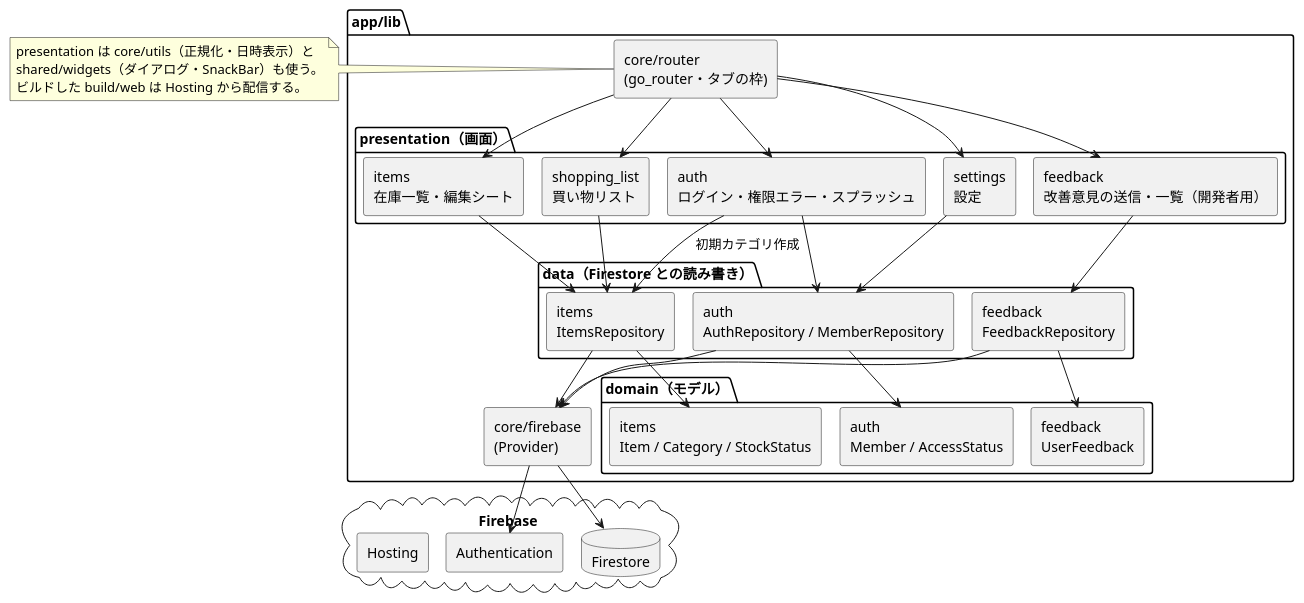
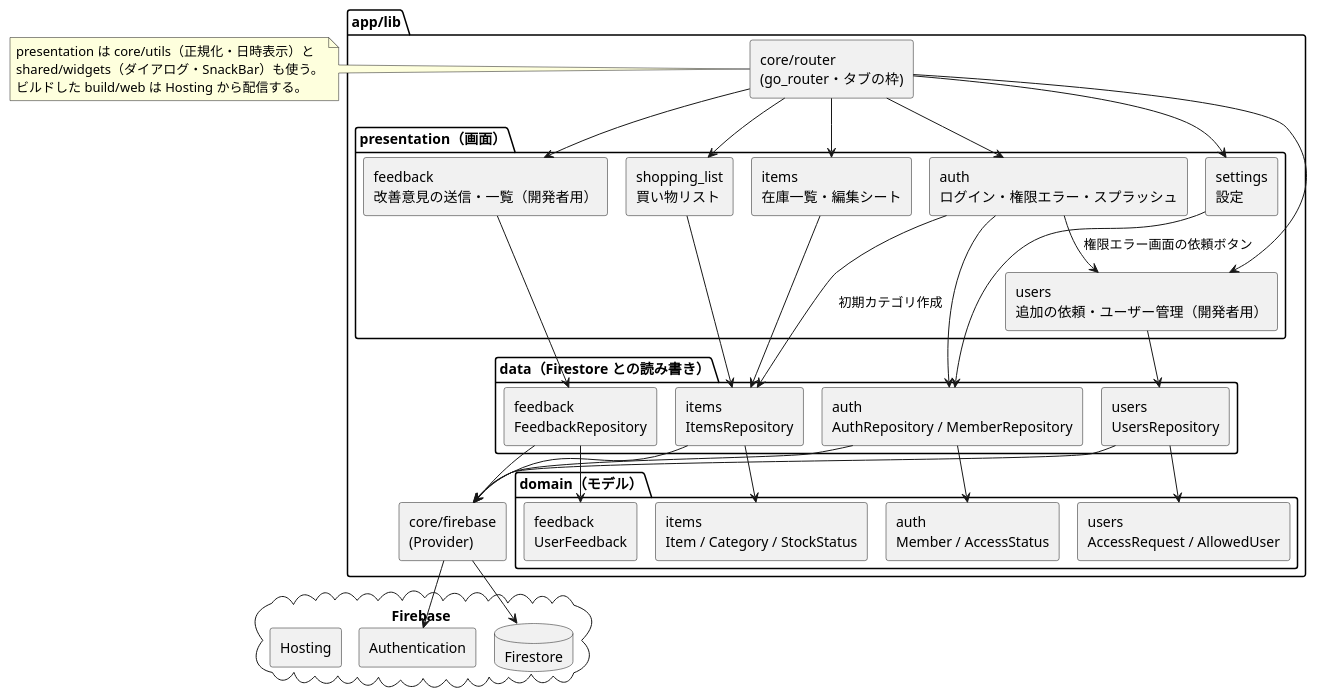
The diagram in design/architecture/diagrams/components.puml (LASC-SINCE2015/LivingManager), drawn with PlantUML before and after one commit. The commit also changed 45 other files, not shown here.

```diff
--- a/design/architecture/diagrams/components.puml
+++ b/design/architecture/diagrams/components.puml
@@ -1,68 +1,76 @@
 @startuml components
 !pragma layout smetana
 ' アプリの機能・層と Firebase の関係を表すコンポーネント図（上から presentation → data → Firebase）
 skinparam defaultFontName "Meiryo"
 skinparam componentStyle rectangle
 top to bottom direction
 
 package "app/lib" {
   [core/router\n(go_router・タブの枠)] as router
 
   package "presentation（画面）" {
     [auth\nログイン・権限エラー・スプラッシュ] as authP
     [items\n在庫一覧・編集シート] as itemsP
     [shopping_list\n買い物リスト] as shopP
     [settings\n設定] as setP
     [feedback\n改善意見の送信・一覧（開発者用）] as fbP
+    [users\n追加の依頼・ユーザー管理（開発者用）] as usersP
   }
 
   package "data（Firestore との読み書き）" {
     [auth\nAuthRepository / MemberRepository] as authD
     [items\nItemsRepository] as itemsD
     [feedback\nFeedbackRepository] as fbD
+    [users\nUsersRepository] as usersD
   }
 
   package "domain（モデル）" {
     [auth\nMember / AccessStatus] as authM
     [items\nItem / Category / StockStatus] as itemsM
     [feedback\nUserFeedback] as fbM
+    [users\nAccessRequest / AllowedUser] as usersM
   }
 
   [core/firebase\n(Provider)] as fbp
 }
 
 cloud "Firebase" {
   [Authentication] as auth
   database "Firestore" as fs
   [Hosting] as hosting
 }
 
 router --> authP
 router --> itemsP
 router --> shopP
 router --> setP
 router --> fbP
+router --> usersP
 
 authP --> authD
 authP --> itemsD : 初期カテゴリ作成
 itemsP --> itemsD
 shopP --> itemsD
 setP --> authD
 fbP --> fbD
+authP --> usersP : 権限エラー画面の依頼ボタン
+usersP --> usersD
 
 authD --> authM
 itemsD --> itemsM
 fbD --> fbM
+usersD --> usersM
 
 authD --> fbp
 itemsD --> fbp
 fbD --> fbp
+usersD --> fbp
 fbp --> auth
 fbp --> fs
 
 note right of router
   presentation は core/utils（正規化・日時表示）と
   shared/widgets（ダイアログ・SnackBar）も使う。
   ビルドした build/web は Hosting から配信する。
 end note
 @enduml
```
